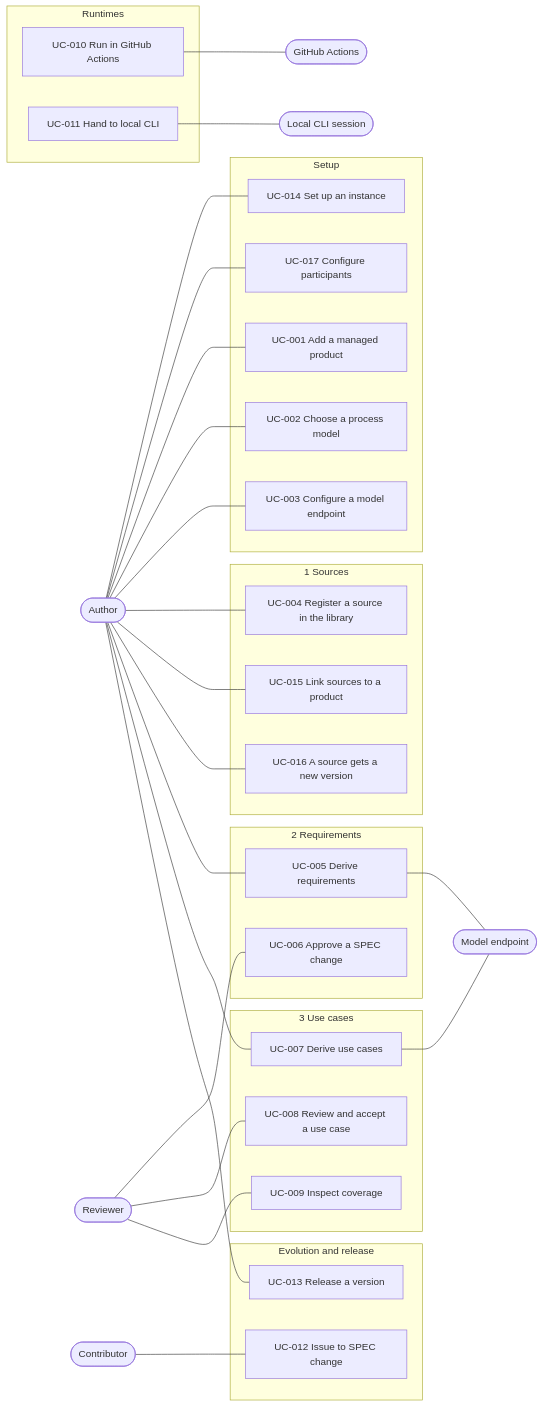
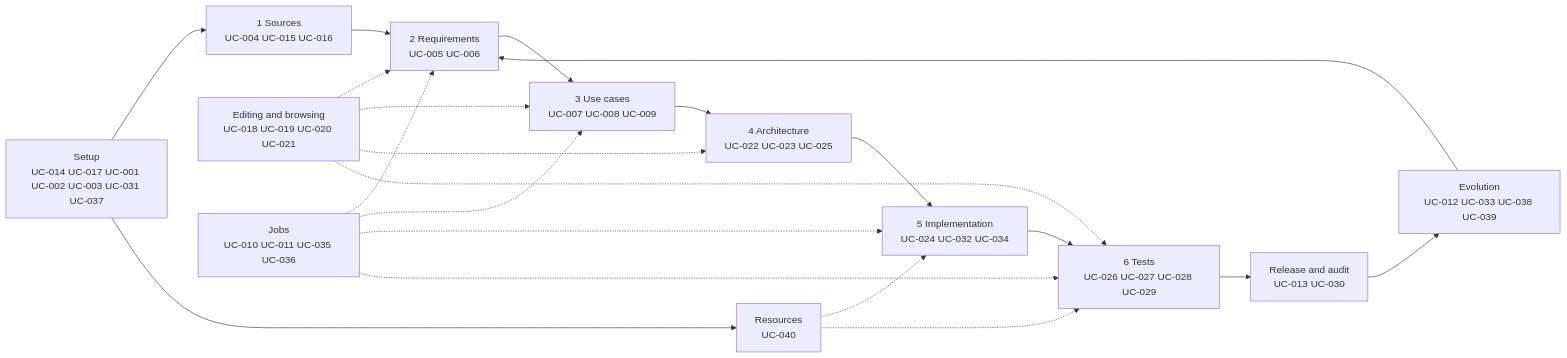
One commit to akmaier/agent-m changed the diagram in docs/use-cases/README.md. Above: the diagram before and after it, drawn with Mermaid. The commit also changed other lines of this file and 57 other files, not shown here.

````diff
--- a/docs/use-cases/README.md
+++ b/docs/use-cases/README.md
@@ -10,46 +110,16 @@
 ```mermaid
 flowchart LR
-    Author([Author])
-    Reviewer([Reviewer])
-    Contributor([Contributor])
-    Endpoint([Model endpoint])
-    Actions([GitHub Actions])
-    CLI([Local CLI session])
-
-    subgraph setup [Setup]
-        UC001[UC-001 Add a managed product]
-        UC002[UC-002 Choose a process model]
-        UC003[UC-003 Configure a model endpoint]
-        UC014[UC-014 Set up an instance]
-        UC017[UC-017 Configure participants]
-    end
-    subgraph s1 [1 Sources]
-        UC004[UC-004 Register a source in the library]
-        UC015[UC-015 Link sources to a product]
-        UC016[UC-016 A source gets a new version]
-    end
-    subgraph s2 [2 Requirements]
-        UC005[UC-005 Derive requirements]
-        UC006[UC-006 Approve a SPEC change]
-    end
-    subgraph s3 [3 Use cases]
-        UC007[UC-007 Derive use cases]
-        UC008[UC-008 Review and accept a use case]
-        UC009[UC-009 Inspect coverage]
-    end
-    subgraph rt [Runtimes]
-        UC010[UC-010 Run in GitHub Actions]
-        UC011[UC-011 Hand to local CLI]
-    end
-    subgraph evo [Evolution and release]
-        UC012[UC-012 Issue to SPEC change]
-        UC013[UC-013 Release a version]
-    end
-
-    Author --- UC014 & UC017 & UC001 & UC002 & UC003 & UC004 & UC015 & UC016 & UC005 & UC007 & UC013
-    Reviewer --- UC006 & UC008 & UC009
-    Contributor --- UC012
-    UC005 & UC007 --- Endpoint
-    UC010 --- Actions
-    UC011 --- CLI
+    S[Setup<br/>UC-014 UC-017 UC-001 UC-002 UC-003 UC-031 UC-037] --> Q[1 Sources<br/>UC-004 UC-015 UC-016]
+    S --> RES[Resources<br/>UC-040]
+    Q --> R[2 Requirements<br/>UC-005 UC-006]
+    R --> U[3 Use cases<br/>UC-007 UC-008 UC-009]
+    U --> A[4 Architecture<br/>UC-022 UC-023 UC-025]
+    A --> I[5 Implementation<br/>UC-024 UC-032 UC-034]
+    I --> T[6 Tests<br/>UC-026 UC-027 UC-028 UC-029]
+    T --> REL[Release and audit<br/>UC-013 UC-030]
+    REL --> E[Evolution<br/>UC-012 UC-033 UC-038 UC-039]
+    E --> R
+    ED[Editing and browsing<br/>UC-018 UC-019 UC-020 UC-021] -.-> R & U & A & T
+    J[Jobs<br/>UC-010 UC-011 UC-035 UC-036] -.-> R & U & I & T
+    RES -.-> I & T
 ```
````
